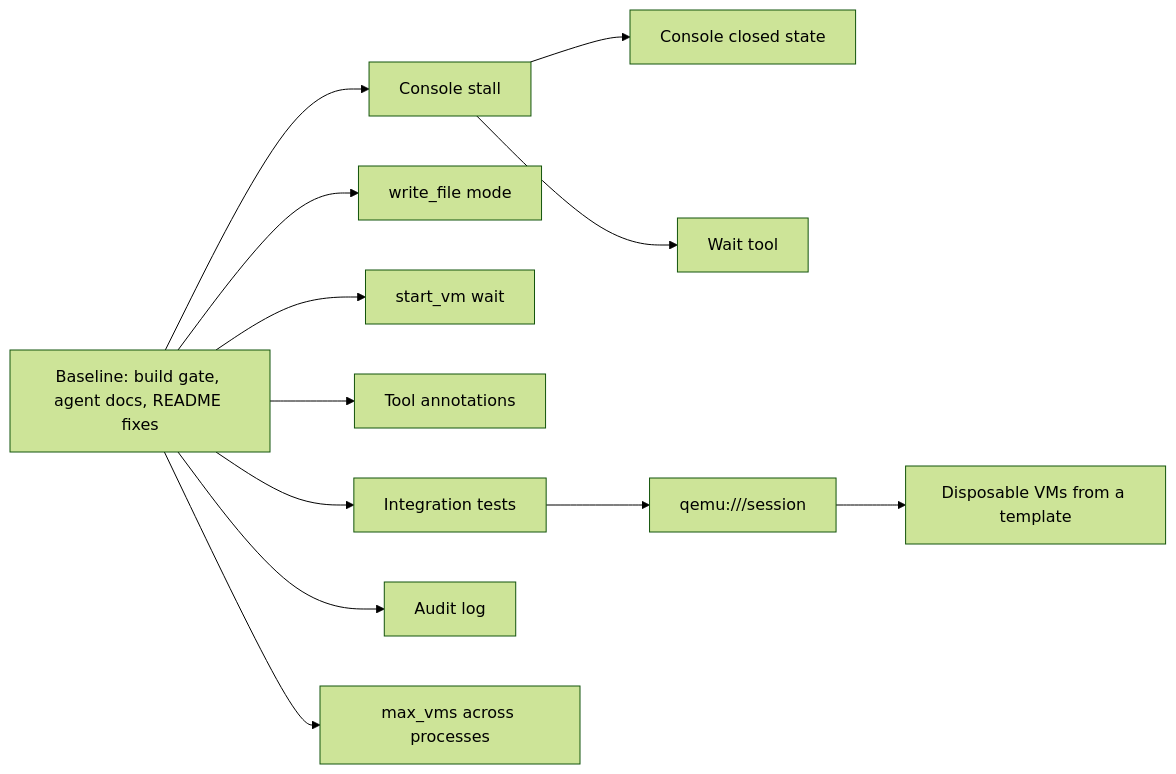
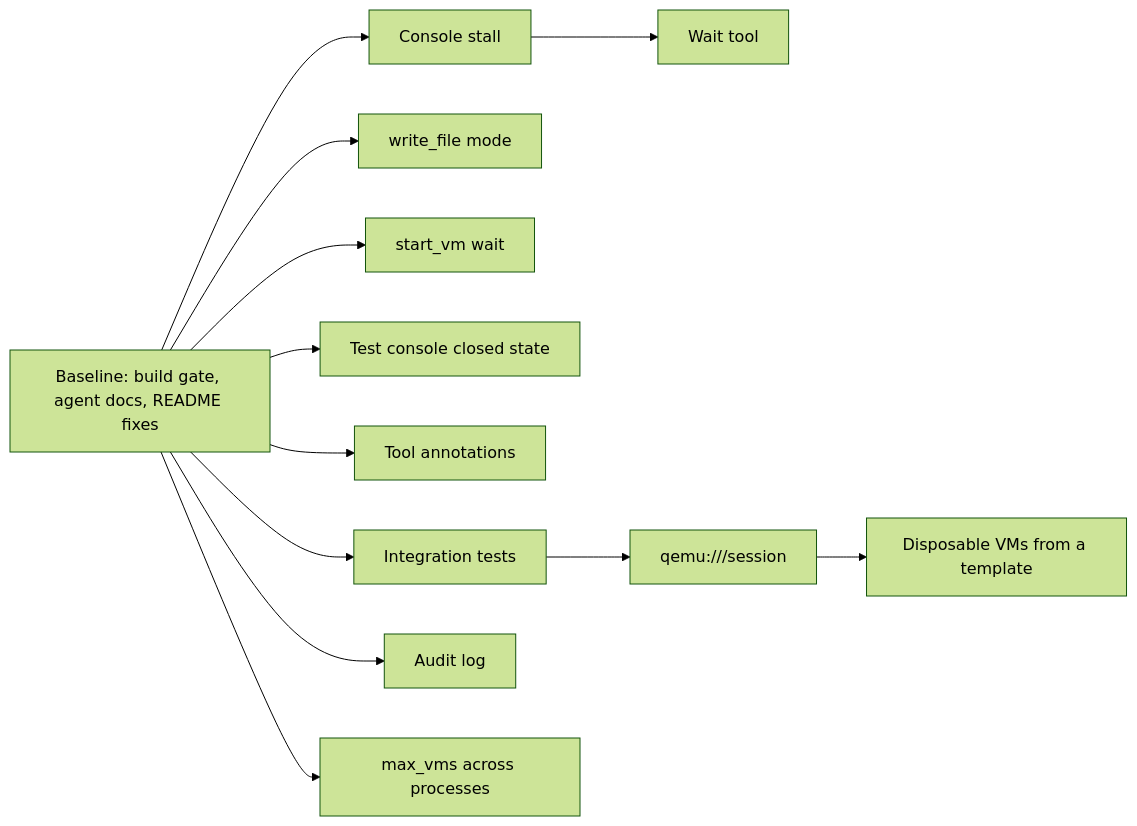
Before and after one commit to jonatsu/virt-manager-mcp: the diagram in docs/plans/fork-roadmap.md, drawn with Mermaid (forest theme). The commit also changed other lines of this file and 2 other files, not shown here.

First line of the commit message:
docs: apply review findings and mark closed-console defect untested

````diff
--- a/docs/plans/fork-roadmap.md
+++ b/docs/plans/fork-roadmap.md
@@ -14,14 +14,14 @@
 ```mermaid
 flowchart LR
   B[Baseline: build gate, agent docs, README fixes] --> D1[Console stall]
   B --> D3[write_file mode]
   B --> D4[start_vm wait]
-  D1 --> D2[Console closed state]
+  B --> D2[Test console closed state]
   D1 --> W[Wait tool]
   B --> A[Tool annotations]
   B --> IT[Integration tests]
   IT --> S[qemu:///session]
   S --> T[Disposable VMs from a template]
   B --> L[Audit log]
   B --> M[max_vms across processes]
 ```
````
